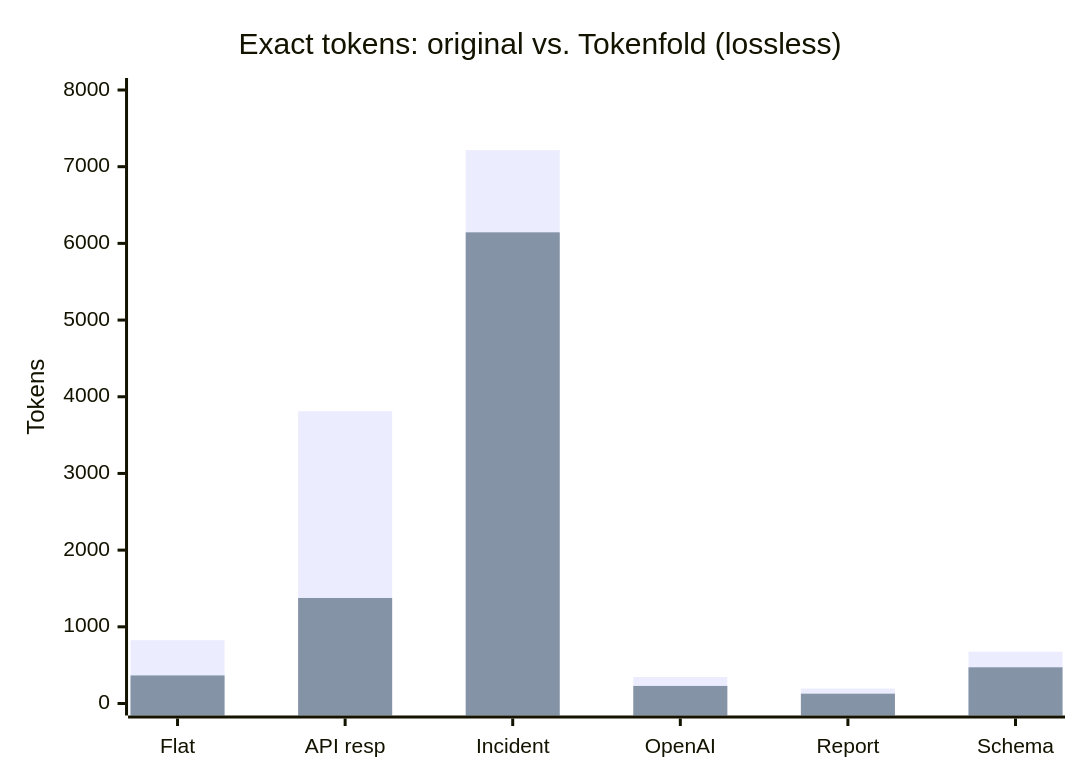
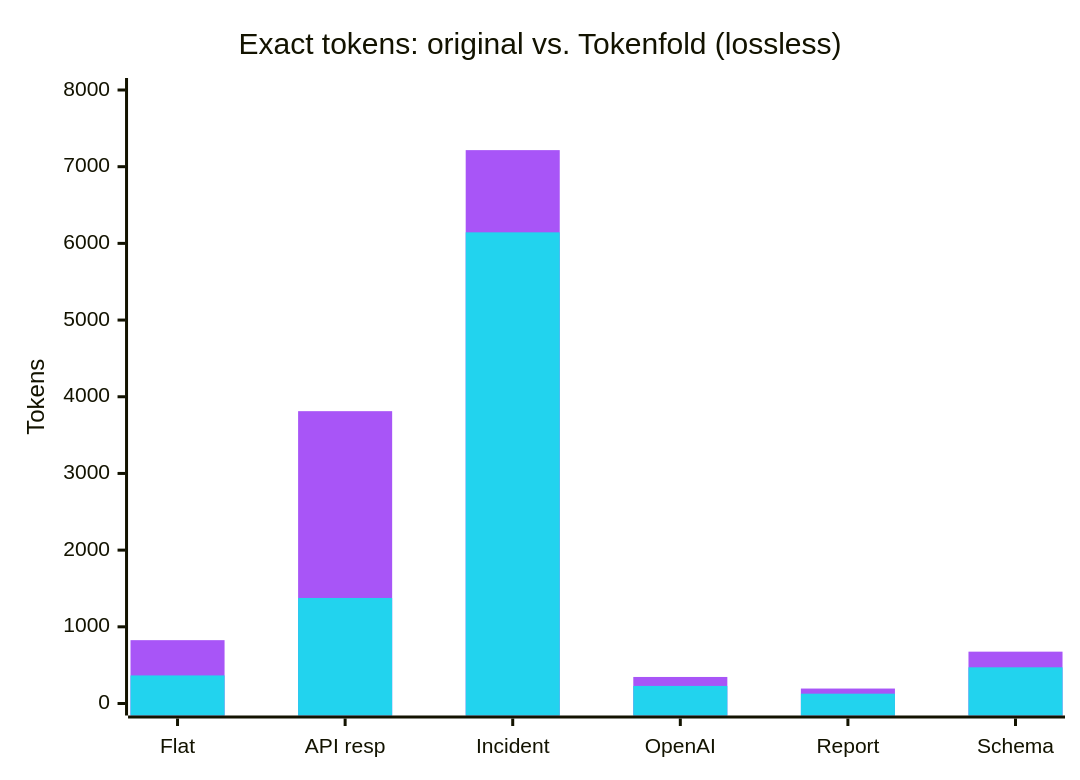
Before and after one commit to codewithmurali/tokenfold: the fourth of 4 diagrams in README.md, drawn with Mermaid.

Commit message:
chart color updated

````diff
--- a/README.md
+++ b/README.md
@@ -312,8 +312,9 @@
 ```mermaid
+%%{init: {"themeVariables": {"xyChart": {"plotColorPalette": "#A855F7, #22D3EE"}}}}%%
 xychart-beta
     title "Exact tokens: original vs. Tokenfold (lossless)"
     x-axis ["Flat", "API resp", "Incident", "OpenAI", "Report", "Schema"]
     y-axis "Tokens" 0 --> 8000
     bar [826, 3812, 7216, 346, 195, 676]
     bar [366, 1376, 6144, 229, 128, 472]
 ```
````
